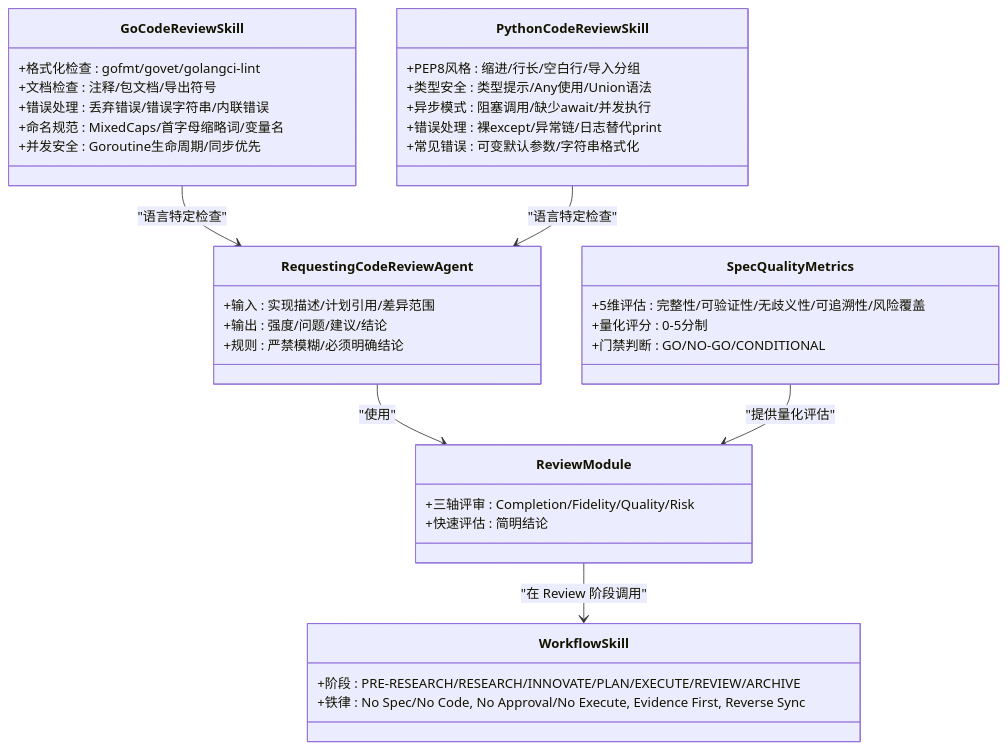
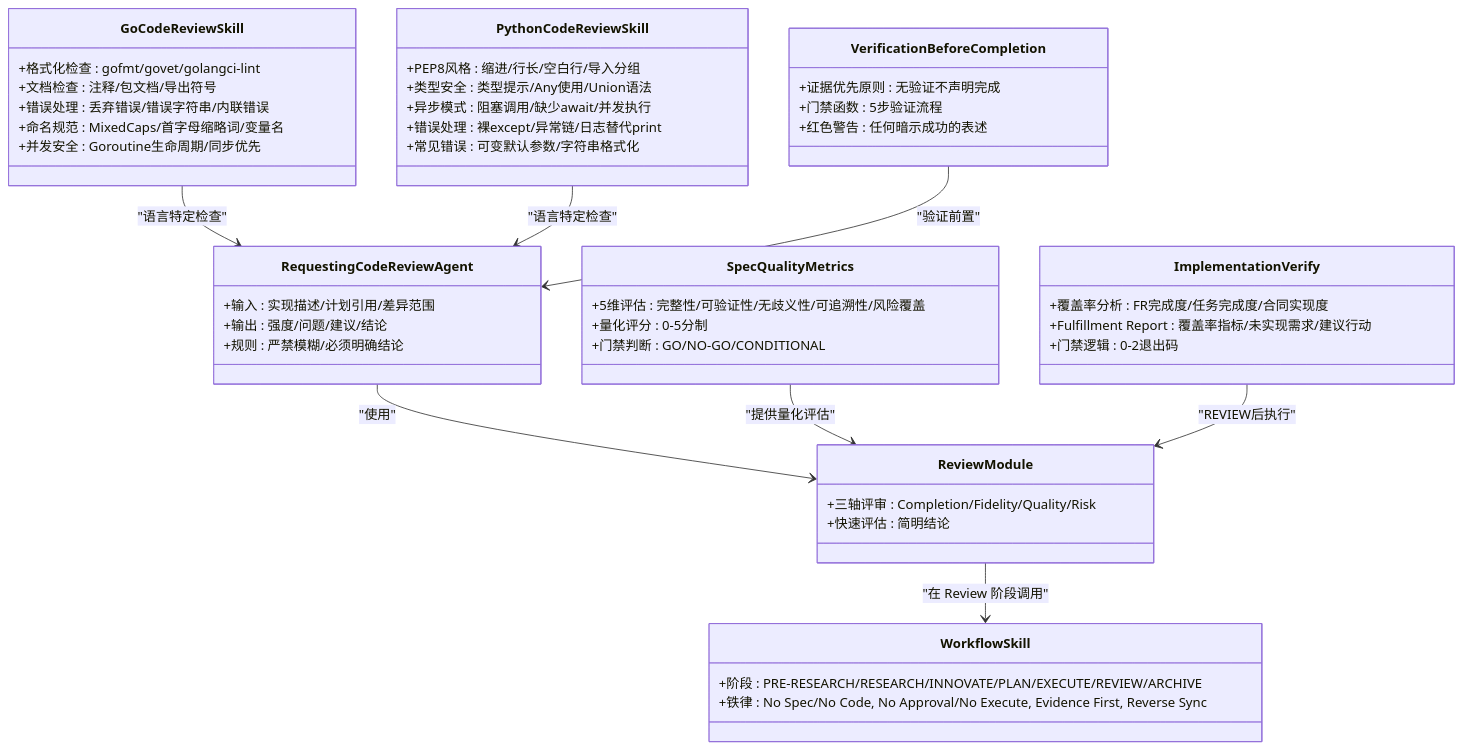
One commit to AngelWings1997/altas changed the fifth of 12 diagrams in .qoder/repowiki/zh/content/超级能力模块/代码审查流程/代码审查流程.md. Above: the diagram before and after it, drawn with Mermaid. The commit also changed other lines of this file and 14 other files, not shown here.

````diff
--- a/.qoder/repowiki/zh/content/超级能力模块/代码审查流程/代码审查流程.md
+++ b/.qoder/repowiki/zh/content/超级能力模块/代码审查流程/代码审查流程.md
@@ -275,40 +303,52 @@
 ```mermaid
 classDiagram
 class RequestingCodeReviewAgent {
 +输入 : 实现描述/计划引用/差异范围
 +输出 : 强度/问题/建议/结论
 +规则 : 严禁模糊/必须明确结论
 }
 class ReviewModule {
 +三轴评审 : Completion/Fidelity/Quality/Risk
 +快速评估 : 简明结论
 }
 class WorkflowSkill {
 +阶段 : PRE-RESEARCH/RESEARCH/INNOVATE/PLAN/EXECUTE/REVIEW/ARCHIVE
 +铁律 : No Spec/No Code, No Approval/No Execute, Evidence First, Reverse Sync
 }
 class SpecQualityMetrics {
 +5维评估 : 完整性/可验证性/无歧义性/可追溯性/风险覆盖
 +量化评分 : 0-5分制
 +门禁判断 : GO/NO-GO/CONDITIONAL
 }
+class ImplementationVerify {
++覆盖率分析 : FR完成度/任务完成度/合同实现度
++Fulfillment Report : 覆盖率指标/未实现需求/建议行动
++门禁逻辑 : 0-2退出码
+}
 class GoCodeReviewSkill {
 +格式化检查 : gofmt/govet/golangci-lint
 +文档检查 : 注释/包文档/导出符号
 +错误处理 : 丢弃错误/错误字符串/内联错误
 +命名规范 : MixedCaps/首字母缩略词/变量名
 +并发安全 : Goroutine生命周期/同步优先
 }
 class PythonCodeReviewSkill {
 +PEP8风格 : 缩进/行长/空白行/导入分组
 +类型安全 : 类型提示/Any使用/Union语法
 +异步模式 : 阻塞调用/缺少await/并发执行
 +错误处理 : 裸except/异常链/日志替代print
 +常见错误 : 可变默认参数/字符串格式化
 }
+class VerificationBeforeCompletion {
++证据优先原则 : 无验证不声明完成
++门禁函数 : 5步验证流程
++红色警告 : 任何暗示成功的表述
+}
 RequestingCodeReviewAgent --> ReviewModule : "使用"
 ReviewModule --> WorkflowSkill : "在 Review 阶段调用"
 SpecQualityMetrics --> ReviewModule : "提供量化评估"
+ImplementationVerify --> ReviewModule : "REVIEW后执行"
 GoCodeReviewSkill --> RequestingCodeReviewAgent : "语言特定检查"
 PythonCodeReviewSkill --> RequestingCodeReviewAgent : "语言特定检查"
+VerificationBeforeCompletion --> RequestingCodeReviewAgent : "验证前置"
 ```
````
